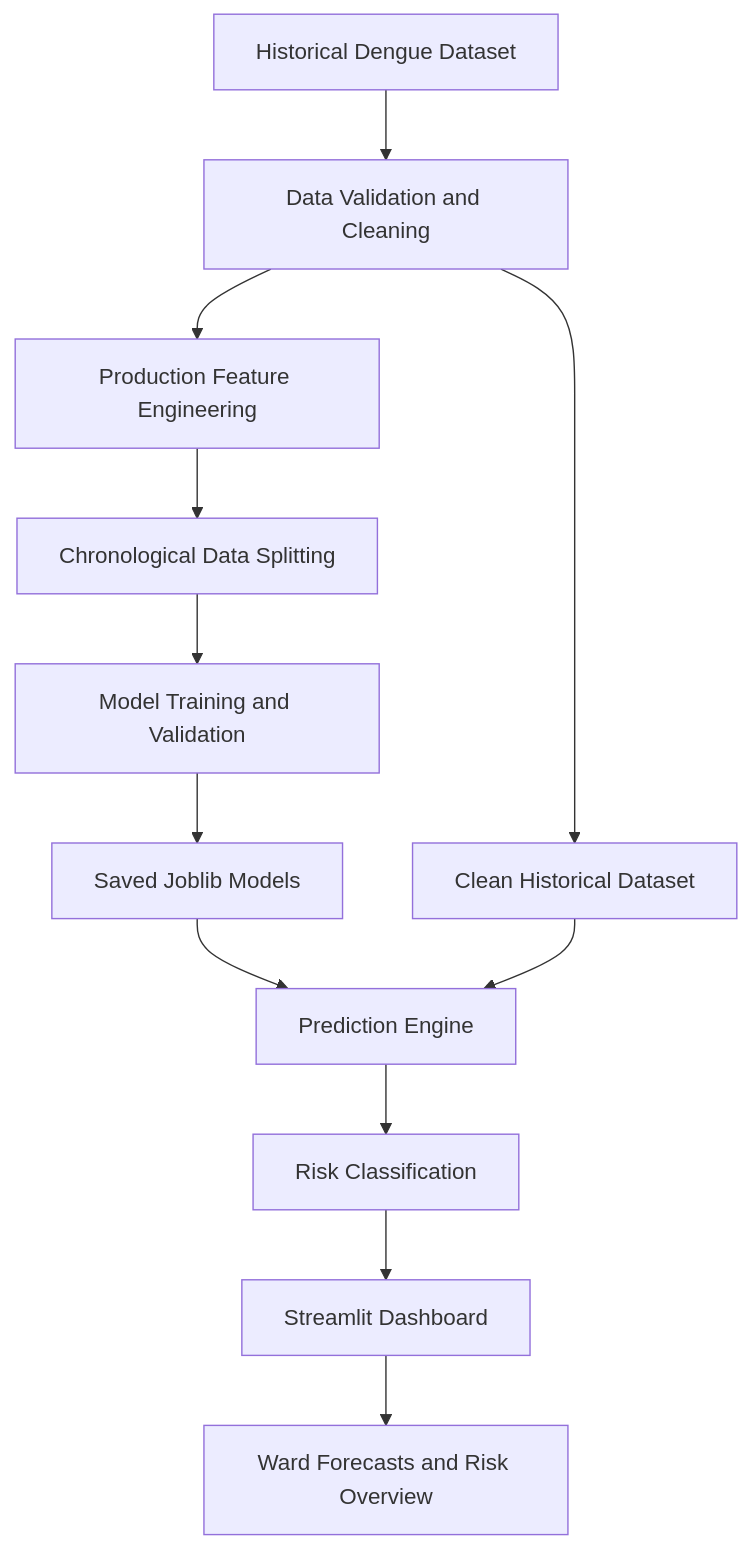
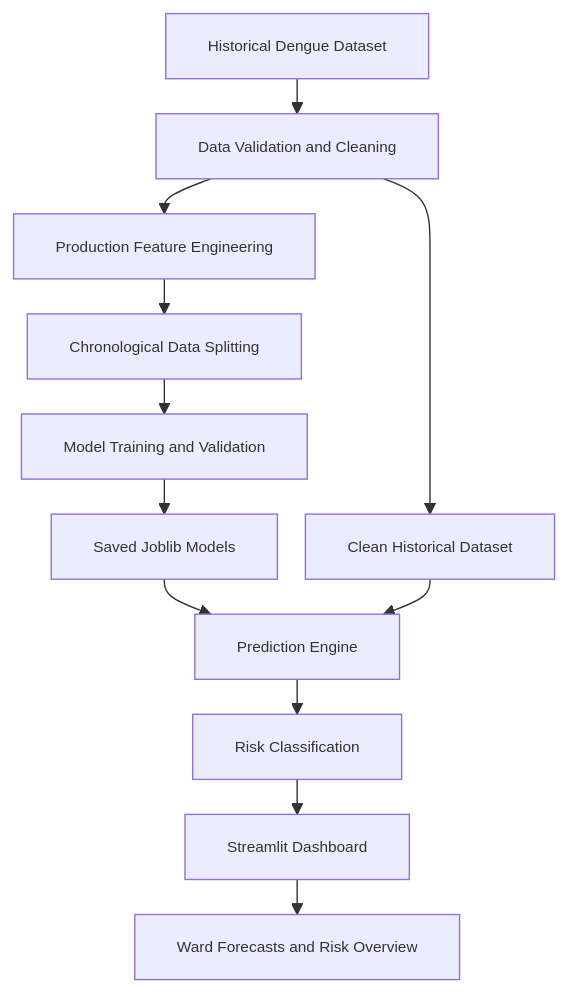
The diagram in ARCHITECTURE.md (sifata68-bit/DengueGuard-AI), drawn with Mermaid before and after one commit. The commit also changed other lines of this file, not shown here.

Commit message:
docs: refine architecture document layout

````diff
--- a/ARCHITECTURE.md
+++ b/ARCHITECTURE.md
@@ -23,14 +23,15 @@
 ```mermaid
+%%{init: {"themeVariables": {"fontSize": "11px"}, "flowchart": {"nodeSpacing": 20, "rankSpacing": 25, "diagramPadding": 4}}}%%
 flowchart TD
     A["Historical Dengue Dataset"] --> B["Data Validation and Cleaning"]
     B --> C["Production Feature Engineering"]
     C --> D["Chronological Data Splitting"]
     D --> E["Model Training and Validation"]
     E --> F["Saved Joblib Models"]
     B --> G["Clean Historical Dataset"]
     F --> H["Prediction Engine"]
     G --> H
     H --> I["Risk Classification"]
     I --> J["Streamlit Dashboard"]
     J --> K["Ward Forecasts and Risk Overview"]
 ```
````
